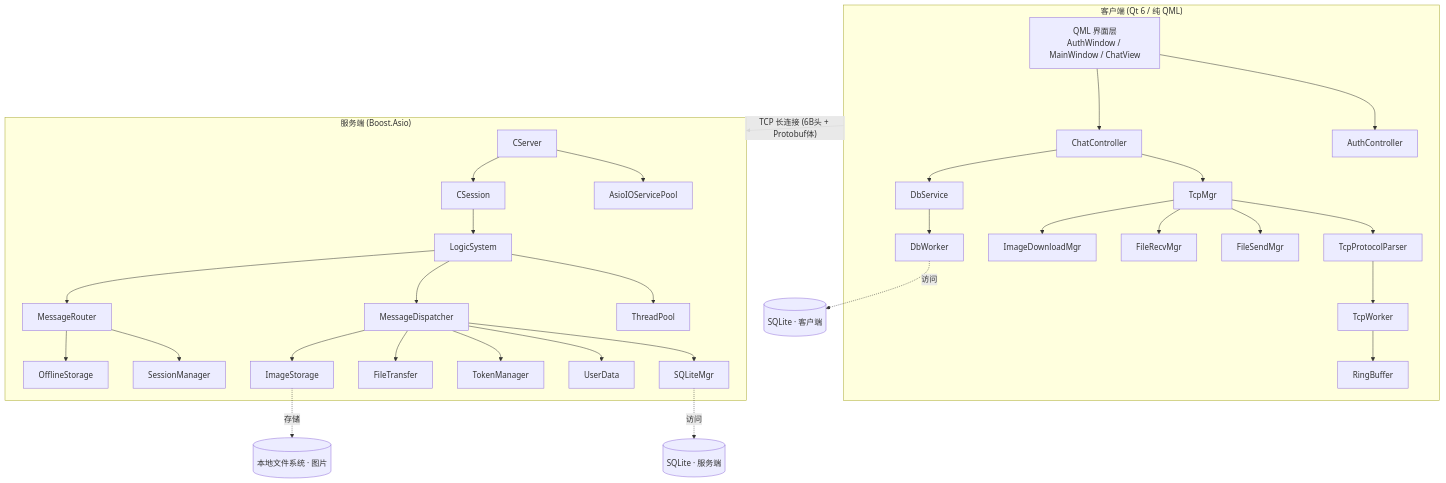
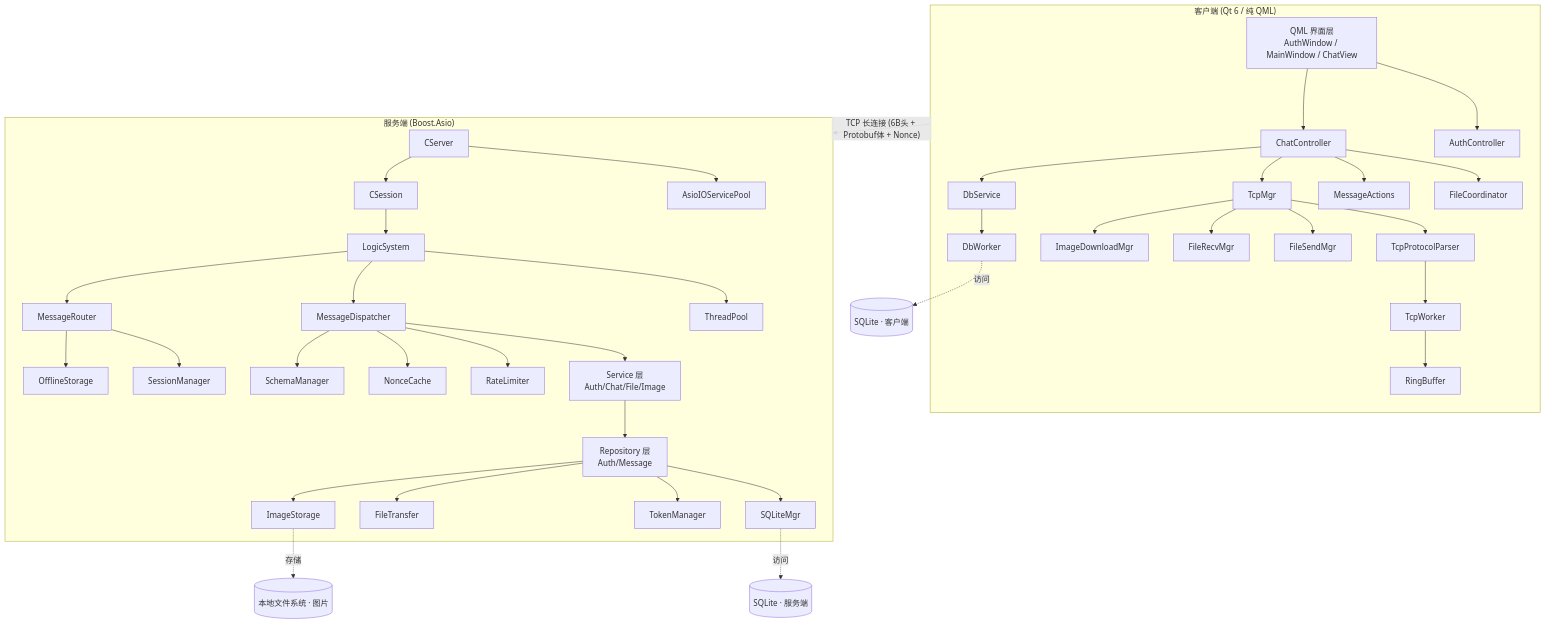
One commit to msrnnnnn/msrChat changed the diagram in README.md. Above: the diagram before and after it, drawn with Mermaid. The commit also changed other lines of this file and 106 other files, not shown here.

````diff
--- a/README.md
+++ b/README.md
@@ -55,66 +59,78 @@
 ```mermaid
 graph TD
     subgraph Client["客户端 (Qt 6 / 纯 QML)"]
         UI["QML 界面层<br>AuthWindow / MainWindow / ChatView"]
         AC["AuthController"]
         CC["ChatController"]
+        FA["FileCoordinator"]
+        MA["MessageActions"]
         TM["TcpMgr"]
         TPP["TcpProtocolParser"]
         TW["TcpWorker"]
         RB["RingBuffer"]
         FSM["FileSendMgr"]
         FRM["FileRecvMgr"]
         IDM["ImageDownloadMgr"]
         DS["DbService"]
         DW["DbWorker"]
 
         UI --> AC
         UI --> CC
+        CC --> FA
+        CC --> MA
         CC --> TM
         TM --> TPP
         TPP --> TW
         TW --> RB
         TM --> FSM
         TM --> FRM
         TM --> IDM
         CC --> DS
         DS --> DW
     end
 
     subgraph Server["服务端 (Boost.Asio)"]
         CS["CServer"]
         ASIOP["AsioIOServicePool"]
         TP["ThreadPool"]
         S["CSession"]
         SM["SessionManager"]
         LS["LogicSystem"]
         MD["MessageDispatcher"]
         MR["MessageRouter"]
+        SVCS["Service 层<br>Auth/Chat/File/Image"]
+        REPOS["Repository 层<br>Auth/Message"]
         DB["SQLiteMgr"]
-        UD["UserData"]
+        TMGR["TokenManager"]
         OS["OfflineStorage"]
-        TMGR["TokenManager"]
         FT["FileTransfer"]
         IS["ImageStorage"]
+        RL["RateLimiter"]
+        NC["NonceCache"]
+        SCH["SchemaManager"]
 
         CS --> ASIOP
         CS --> S
         S --> LS
         LS --> TP
         LS --> MD
         LS --> MR
         MR --> SM
         MR --> OS
-        MD --> DB
-        MD --> UD
-        MD --> TMGR
-        MD --> FT
-        MD --> IS
+        MD --> SVCS
+        SVCS --> REPOS
+        MD --> RL
+        MD --> NC
+        MD --> SCH
+        REPOS --> DB
+        REPOS --> TMGR
+        REPOS --> FT
+        REPOS --> IS
     end
 
-    Client -->|"TCP 长连接 (6B头 + Protobuf体)"| Server
+    Client -->|"TCP 长连接 (6B头 + Protobuf体 + Nonce)"| Server
 
     DB -.->|"访问"| SQLiteS[("SQLite · 服务端")]
     DW -.->|"访问"| SQLiteC[("SQLite · 客户端")]
     IS -.->|"存储"| ImgFS[("本地文件系统 · 图片")]
 ```
````
